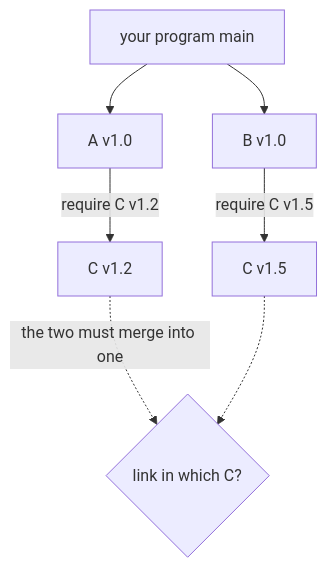
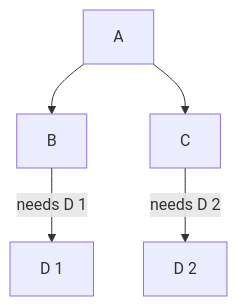
The diagram in book/en-us/part5toolchain/ch17modules/challenges.md (golang-design/under-the-hood), drawn with Mermaid before and after one commit. The commit also changed other lines of this file and 21 other files, not shown here.

````diff
--- a/book/en-us/part5toolchain/ch17modules/challenges.md
+++ b/book/en-us/part5toolchain/ch17modules/challenges.md
@@ -14,9 +80,7 @@
 ```mermaid
 flowchart TD
-    APP["your program main"] --> A["A v1.0"]
-    APP --> B["B v1.0"]
-    A -->|"require C v1.2"| C12["C v1.2"]
-    B -->|"require C v1.5"| C15["C v1.5"]
-    C12 -.->|"the two must merge into one"| PICK{"link in which C?"}
-    C15 -.-> PICK
+    A["A"] --> B["B"]
+    A --> C["C"]
+    B -->|"needs D 1"| D1["D 1"]
+    C -->|"needs D 2"| D2["D 2"]
 ```
````
